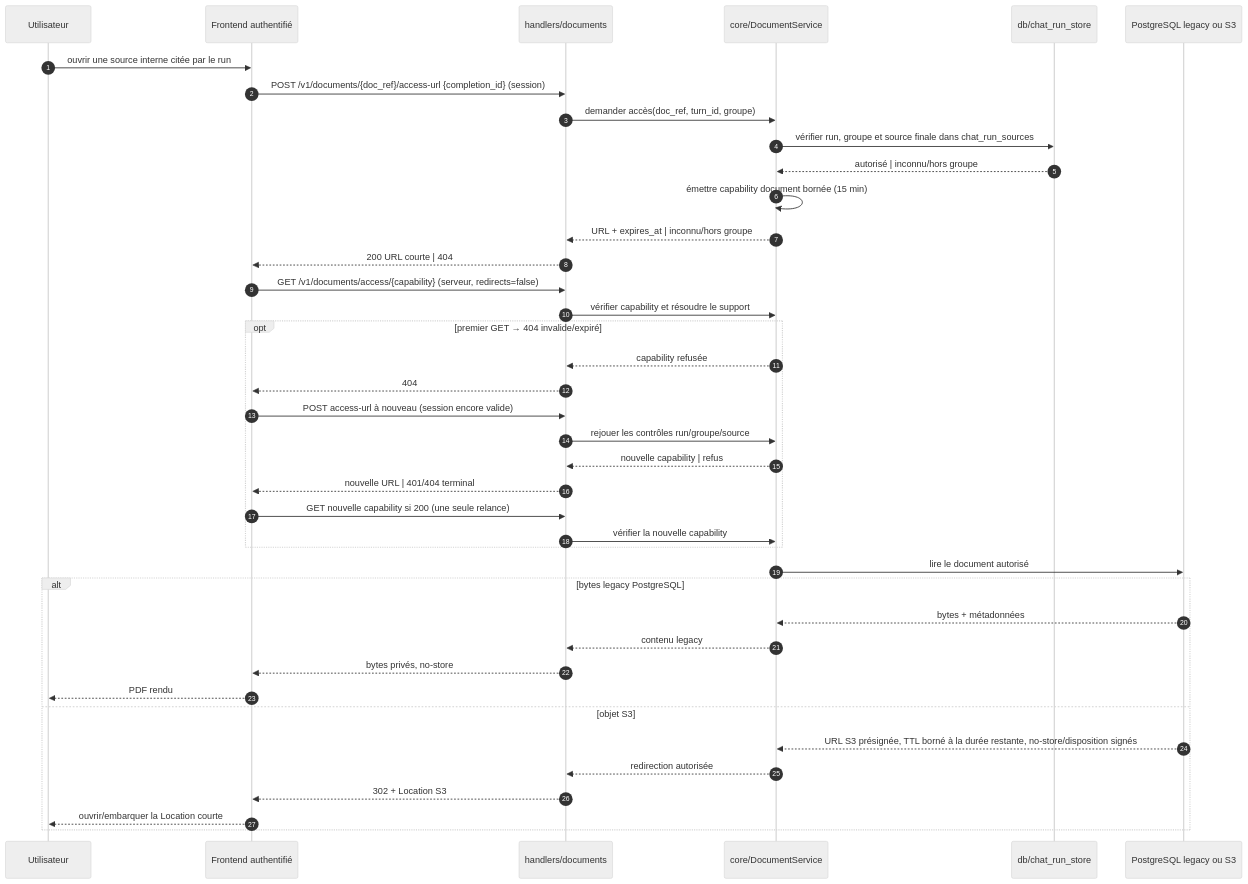
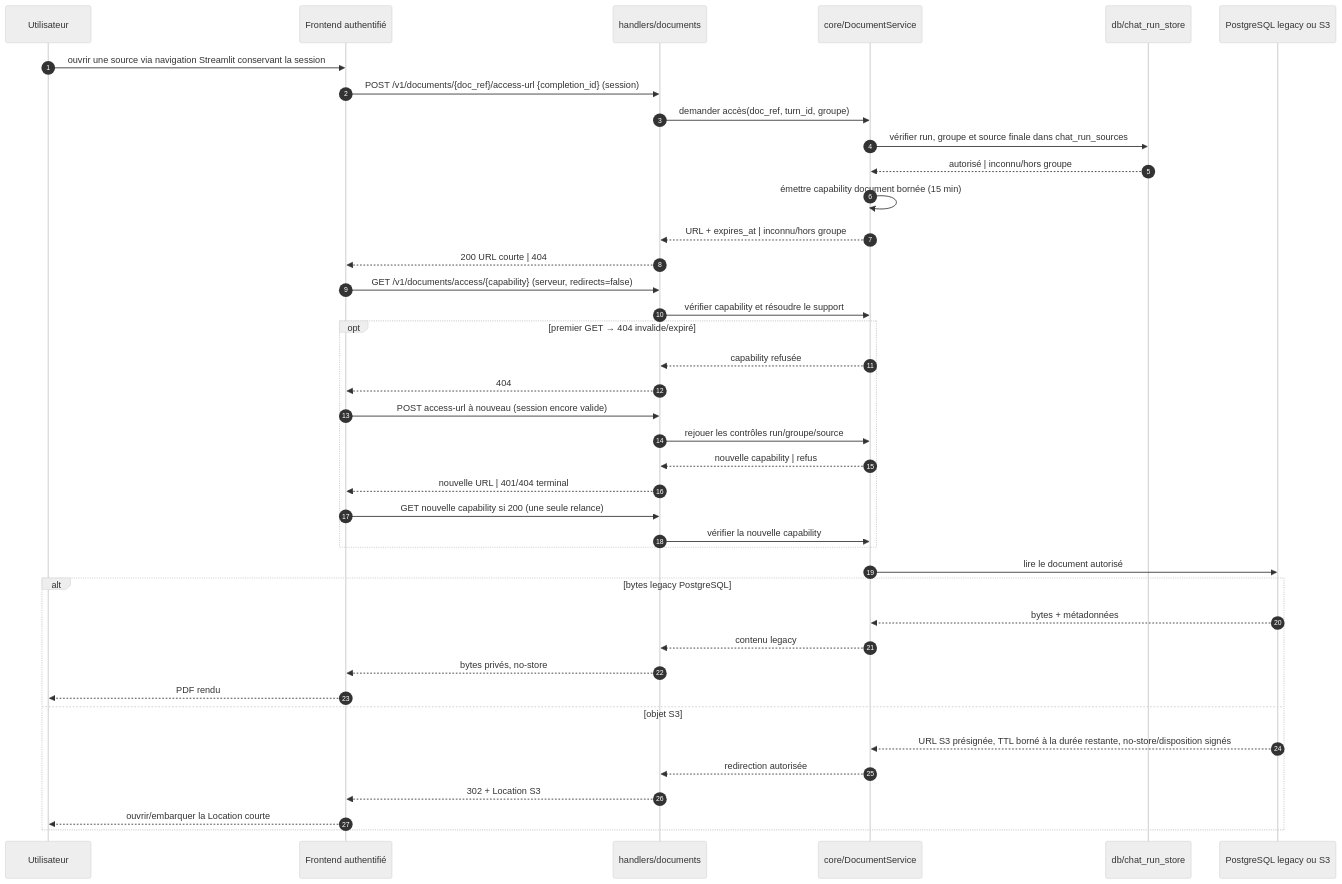
The sixth of 8 diagrams in docs/architecture/hexagonal-split/03-sequence-diagrams.md (DGAFP/assistant-rh), drawn with Mermaid (neutral theme) before and after one commit. The commit also changed other lines of this file and 5 other files, not shown here.

Commit message:
docs: preserve session across document navigation

````diff
--- a/docs/architecture/hexagonal-split/03-sequence-diagrams.md
+++ b/docs/architecture/hexagonal-split/03-sequence-diagrams.md
@@ -162,43 +162,43 @@
 ```mermaid
 sequenceDiagram
     autonumber
     participant U as Utilisateur
     participant F as Frontend authentifié
     participant API as handlers/documents
     participant DS as core/DocumentService
     participant CR as db/chat_run_store
     participant DOC as PostgreSQL legacy ou S3
 
-    U->>F: ouvrir une source interne citée par le run
+    U->>F: ouvrir une source via navigation Streamlit conservant la session
     F->>API: POST /v1/documents/{doc_ref}/access-url {completion_id} (session)
     API->>DS: demander accès(doc_ref, turn_id, groupe)
     DS->>CR: vérifier run, groupe et source finale dans chat_run_sources
     CR-->>DS: autorisé | inconnu/hors groupe
     DS->>DS: émettre capability document bornée (15 min)
     DS-->>API: URL + expires_at | inconnu/hors groupe
     API-->>F: 200 URL courte | 404
     F->>API: GET /v1/documents/access/{capability} (serveur, redirects=false)
     API->>DS: vérifier capability et résoudre le support
     opt premier GET → 404 invalide/expiré
         DS-->>API: capability refusée
         API-->>F: 404
         F->>API: POST access-url à nouveau (session encore valide)
         API->>DS: rejouer les contrôles run/groupe/source
         DS-->>API: nouvelle capability | refus
         API-->>F: nouvelle URL | 401/404 terminal
         F->>API: GET nouvelle capability si 200 (une seule relance)
         API->>DS: vérifier la nouvelle capability
     end
     DS->>DOC: lire le document autorisé
     alt bytes legacy PostgreSQL
         DOC-->>DS: bytes + métadonnées
         DS-->>API: contenu legacy
         API-->>F: bytes privés, no-store
         F-->>U: PDF rendu
     else objet S3
         DOC-->>DS: URL S3 présignée, TTL borné à la durée restante, no-store/disposition signés
         DS-->>API: redirection autorisée
         API-->>F: 302 + Location S3
         F-->>U: ouvrir/embarquer la Location courte
     end
 ```
````
